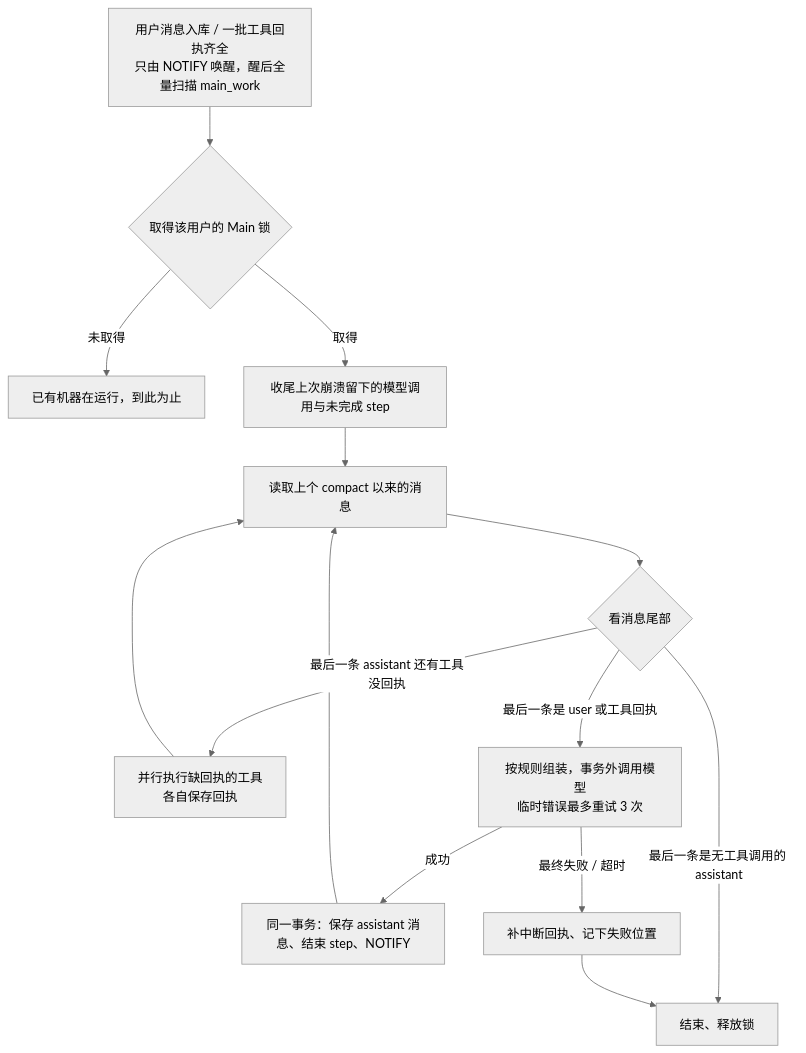
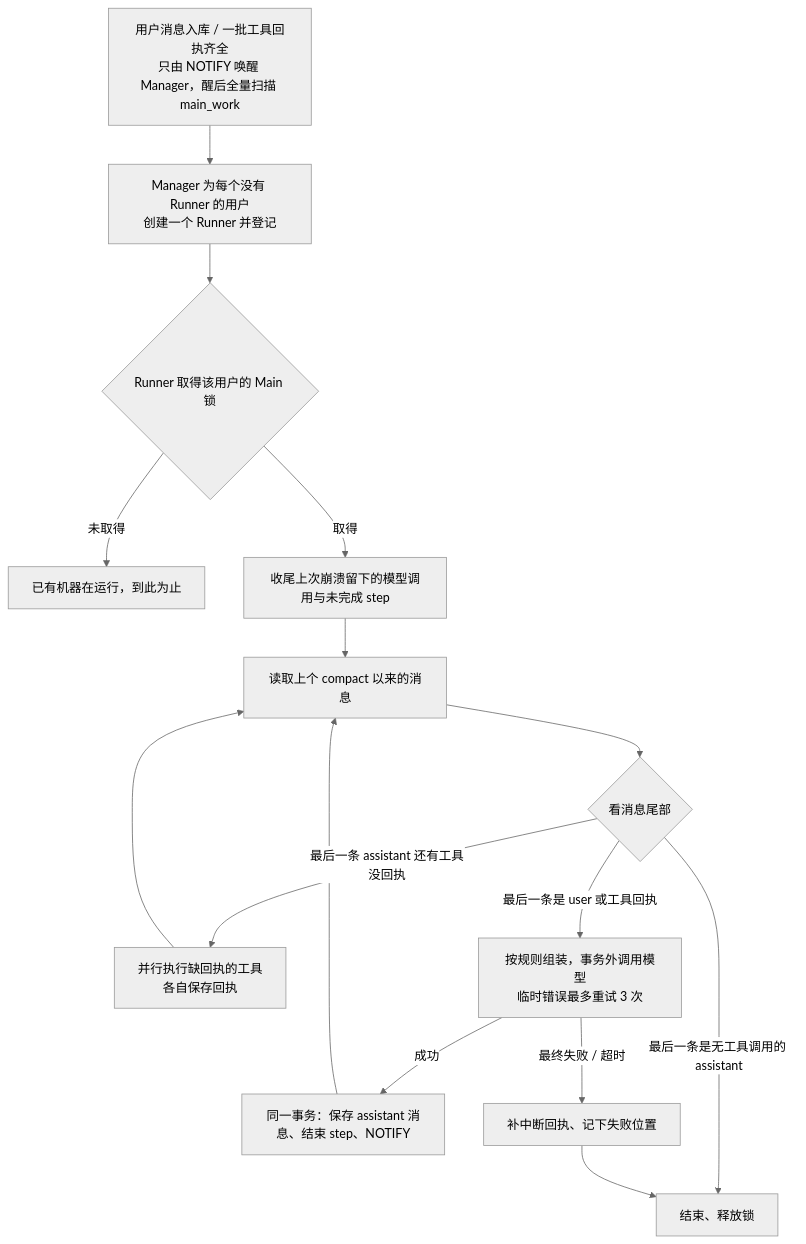
The first of 2 diagrams in docs/wiki/05-main-runtime.md (OmniNetOpensource/aether-personal), drawn with Mermaid (neutral theme) before and after one commit. The commit also changed other lines of this file and 7 other files, not shown here.

````diff
--- a/docs/wiki/05-main-runtime.md
+++ b/docs/wiki/05-main-runtime.md
@@ -54,16 +56,17 @@
 ```mermaid
 flowchart TD
-    WAKE["用户消息入库 / 一批工具回执齐全<br/>只由 NOTIFY 唤醒，醒后全量扫描 main_work"] --> LOCK{"取得该用户的 Main 锁"}
+    WAKE["用户消息入库 / 一批工具回执齐全<br/>只由 NOTIFY 唤醒 Manager，醒后全量扫描 main_work"] --> CREATE["Manager 为每个没有 Runner 的用户<br/>创建一个 Runner 并登记"]
+    CREATE --> LOCK{"Runner 取得该用户的 Main 锁"}
     LOCK -->|未取得| WAIT["已有机器在运行，到此为止"]
     LOCK -->|取得| RECOVER["收尾上次崩溃留下的模型调用与未完成 step"]
     RECOVER --> LOAD["读取上个 compact 以来的消息"]
     LOAD --> TAIL{"看消息尾部"}
     TAIL -->|最后一条 assistant 还有工具没回执| TOOL["并行执行缺回执的工具<br/>各自保存回执"]
     TOOL --> LOAD
     TAIL -->|最后一条是 user 或工具回执| CALL["按规则组装，事务外调用模型<br/>临时错误最多重试 3 次"]
     CALL -->|成功| SAVE["同一事务：保存 assistant 消息、结束 step、NOTIFY"]
     SAVE --> LOAD
     TAIL -->|最后一条是无工具调用的 assistant| RELEASE["结束、释放锁"]
     CALL -->|最终失败 / 超时| FAIL["补中断回执、记下失败位置"]
     FAIL --> RELEASE
 ```
````
